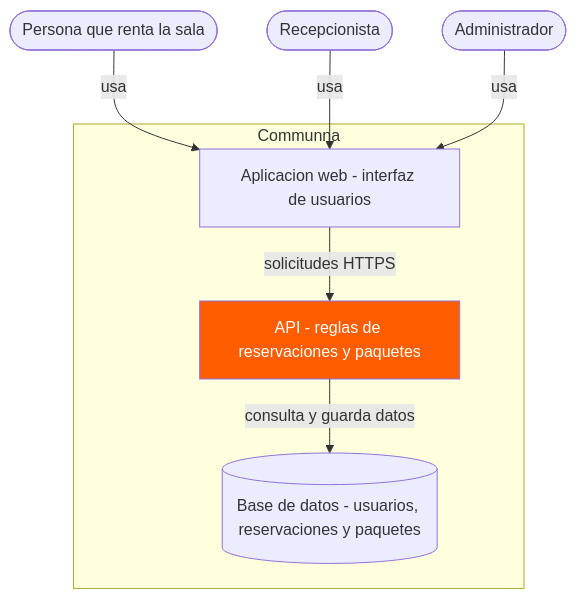
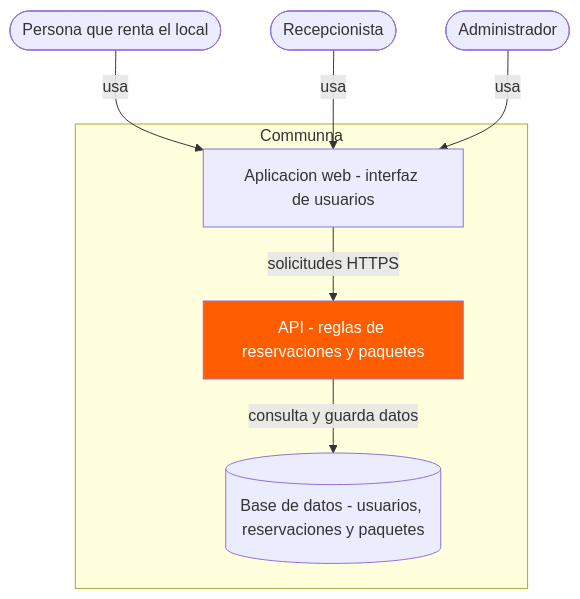
Before and after one commit to jimemogo20/Sistema-admin.-communa: the second of 8 diagrams in docs/arch/diagramas_communna.md, drawn with Mermaid. The commit also changed other lines of this file, not shown here.

Commit message:
Update terminology from 'sala' to 'local' in documentation

````diff
--- a/docs/arch/diagramas_communna.md
+++ b/docs/arch/diagramas_communna.md
@@ -43,20 +43,20 @@
 ```mermaid
 flowchart TD
-    persona([Persona que renta la sala])
+    persona([Persona que renta el local])
     recep([Recepcionista])
     admin([Administrador])
 
     subgraph communna[Communna]
         web[Aplicacion web - interfaz de usuarios]
         api[API - reglas de reservaciones y paquetes]
         bd[(Base de datos - usuarios, reservaciones y paquetes)]
     end
 
     persona -->|usa| web
     recep -->|usa| web
     admin -->|usa| web
     web -->|solicitudes HTTPS| api
     api -->|consulta y guarda datos| bd
 
     style api fill:#ff5d00,color:#fff
 ```
````
